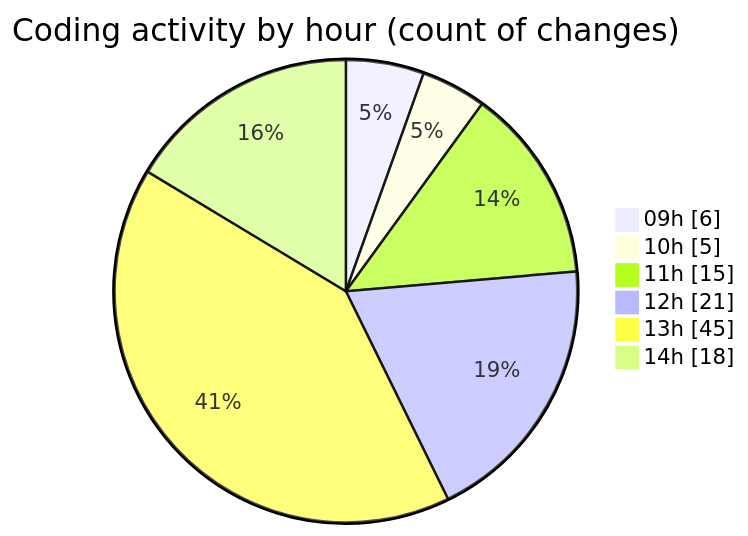
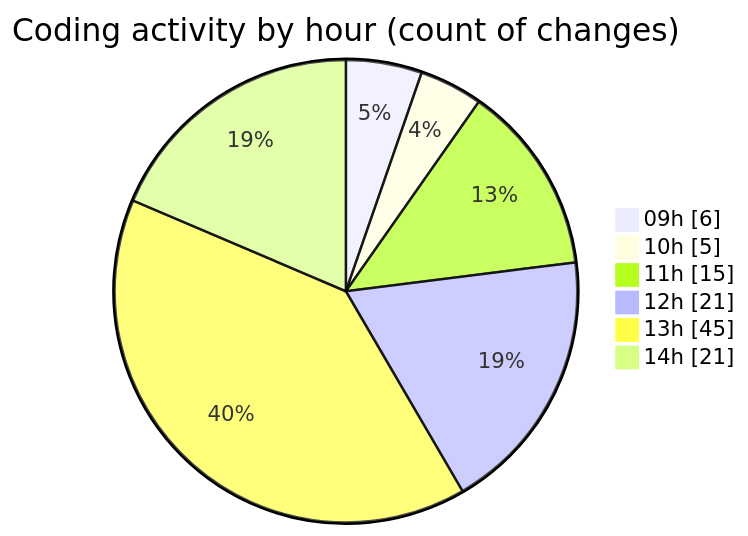
The second of 2 diagrams in 2025-10-02/cda/README.md (momahboobian/code-tracking), drawn with Mermaid before and after one commit. The commit also changed other lines of this file and 1 other file, not shown here.

````diff
--- a/2025-10-02/cda/README.md
+++ b/2025-10-02/cda/README.md
@@ -40,10 +40,10 @@
 ```mermaid
 pie showData
 title Coding activity by hour (count of changes)
 "09h" : 6
 "10h" : 5
 "11h" : 15
 "12h" : 21
 "13h" : 45
-"14h" : 18
+"14h" : 21
 ```
````
